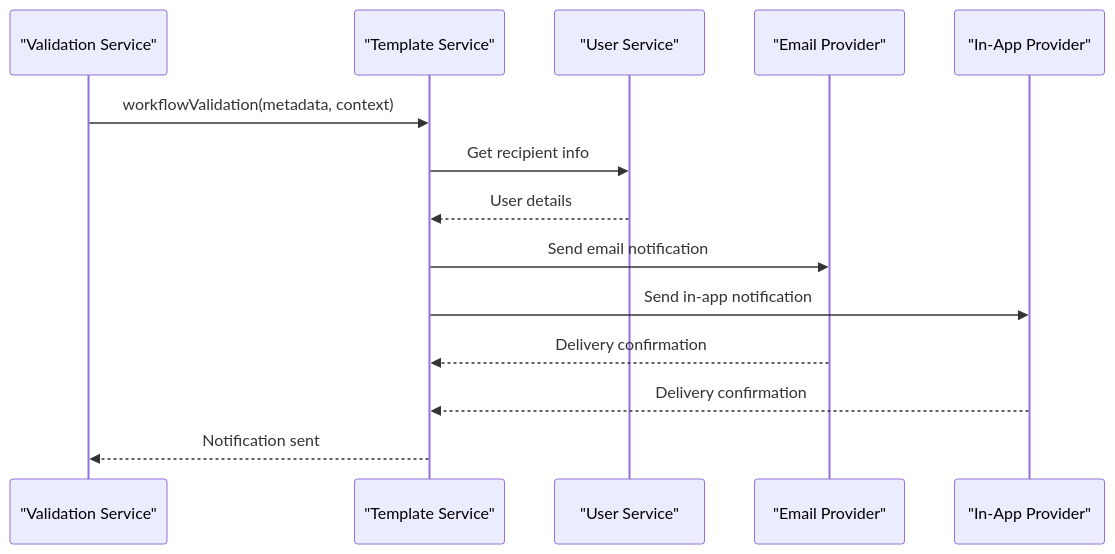
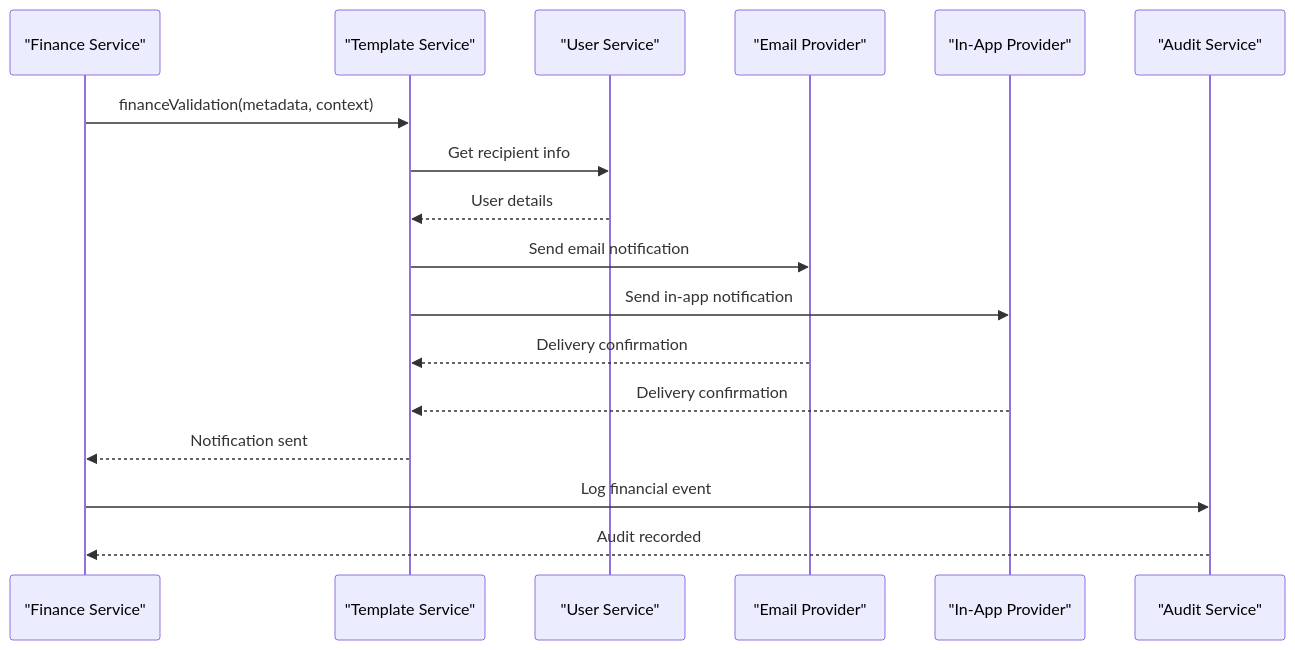
The ninth of 13 diagrams in .qoder/repowiki/en/content/Modules & Features/Validation Workflow System.md (franckylab/eLISAschool), drawn with Mermaid before and after one commit. The commit also changed other lines of this file and 236 other files, not shown here.

````diff
--- a/.qoder/repowiki/en/content/Modules & Features/Validation Workflow System.md
+++ b/.qoder/repowiki/en/content/Modules & Features/Validation Workflow System.md
@@ -317,16 +460,19 @@
 ```mermaid
 sequenceDiagram
-participant Service as "Validation Service"
+participant FinanceService as "Finance Service"
 participant Template as "Template Service"
 participant User as "User Service"
 participant Email as "Email Provider"
 participant InApp as "In-App Provider"
-Service->>Template : workflowValidation(metadata, context)
+participant Audit as "Audit Service"
+FinanceService->>Template : financeValidation(metadata, context)
 Template->>User : Get recipient info
 User-->>Template : User details
 Template->>Email : Send email notification
 Template->>InApp : Send in-app notification
 Email-->>Template : Delivery confirmation
 InApp-->>Template : Delivery confirmation
-Template-->>Service : Notification sent
+Template-->>FinanceService : Notification sent
+FinanceService->>Audit : Log financial event
+Audit-->>FinanceService : Audit recorded
 ```
````
